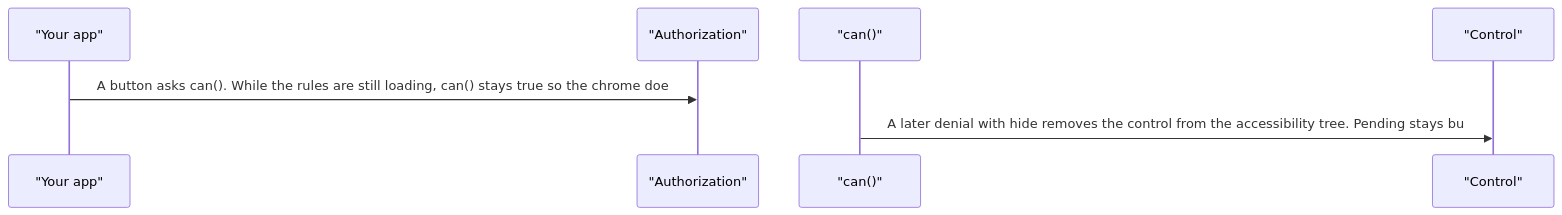
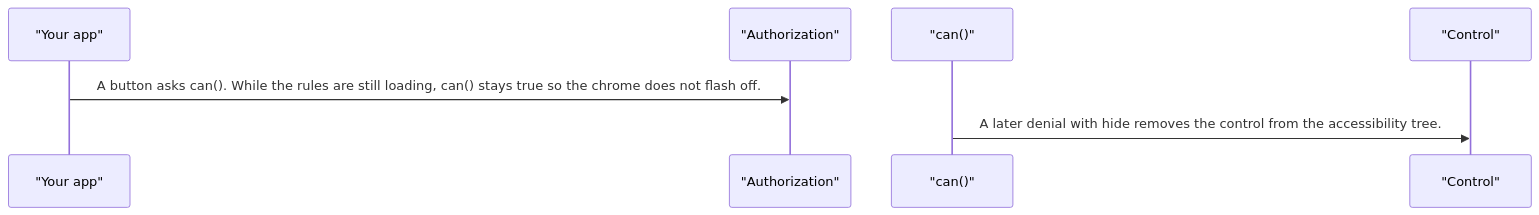
Before and after one commit to RajshekharBorate/pixel-ui: the second of 5 diagrams in projects/pixel-ui/src/lib/services/authorization/DESIGN.md, drawn with Mermaid. The commit also changed other lines of this file and 80 other files, not shown here.

Commit message:
Fill missing design flows and correct the stories that did not match component behavior.

````diff
--- a/projects/pixel-ui/src/lib/services/authorization/DESIGN.md
+++ b/projects/pixel-ui/src/lib/services/authorization/DESIGN.md
@@ -62,9 +62,9 @@
 ```mermaid
 sequenceDiagram
   participant app as "Your app"
   participant auth as "Authorization"
   participant chrome as "can()"
   participant control as "Control"
-  app->>auth: A button asks can(). While the rules are still loading, can() stays true so the chrome doe
-  chrome->>control: A later denial with hide removes the control from the accessibility tree. Pending stays bu
+  app->>auth: A button asks can(). While the rules are still loading, can() stays true so the chrome does not flash off.
+  chrome->>control: A later denial with hide removes the control from the accessibility tree.
 ```
````
